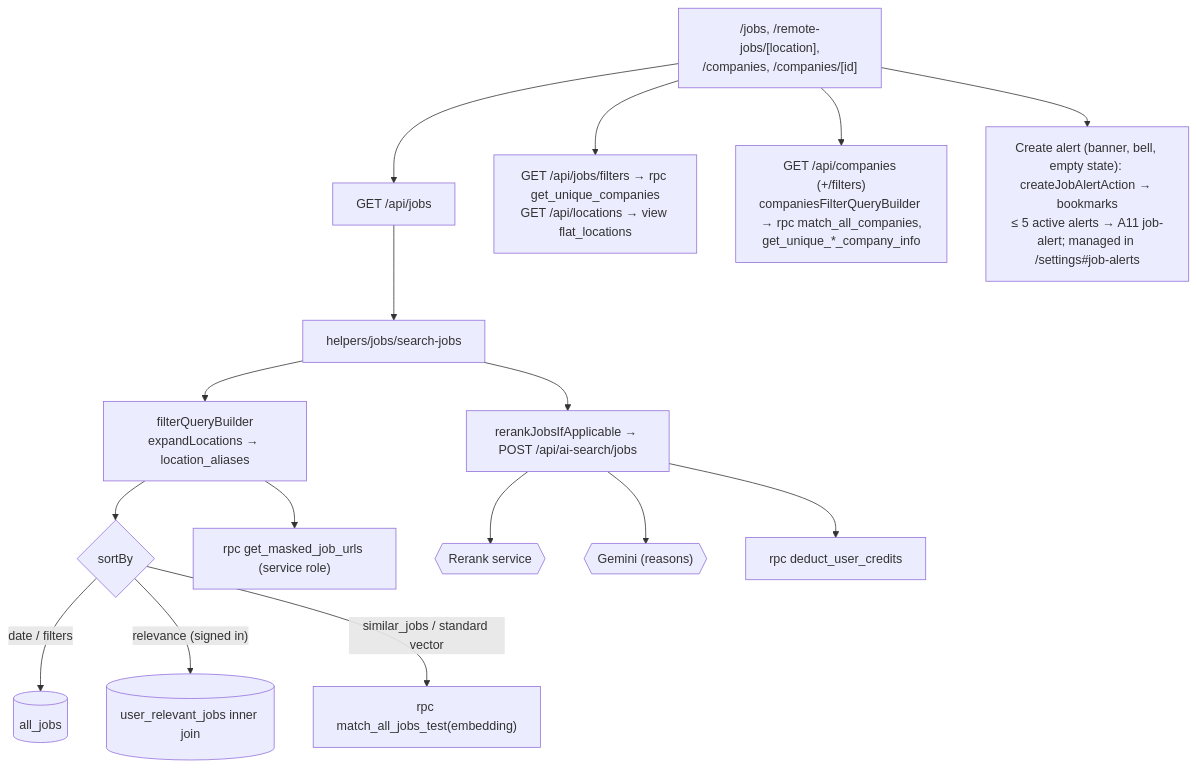
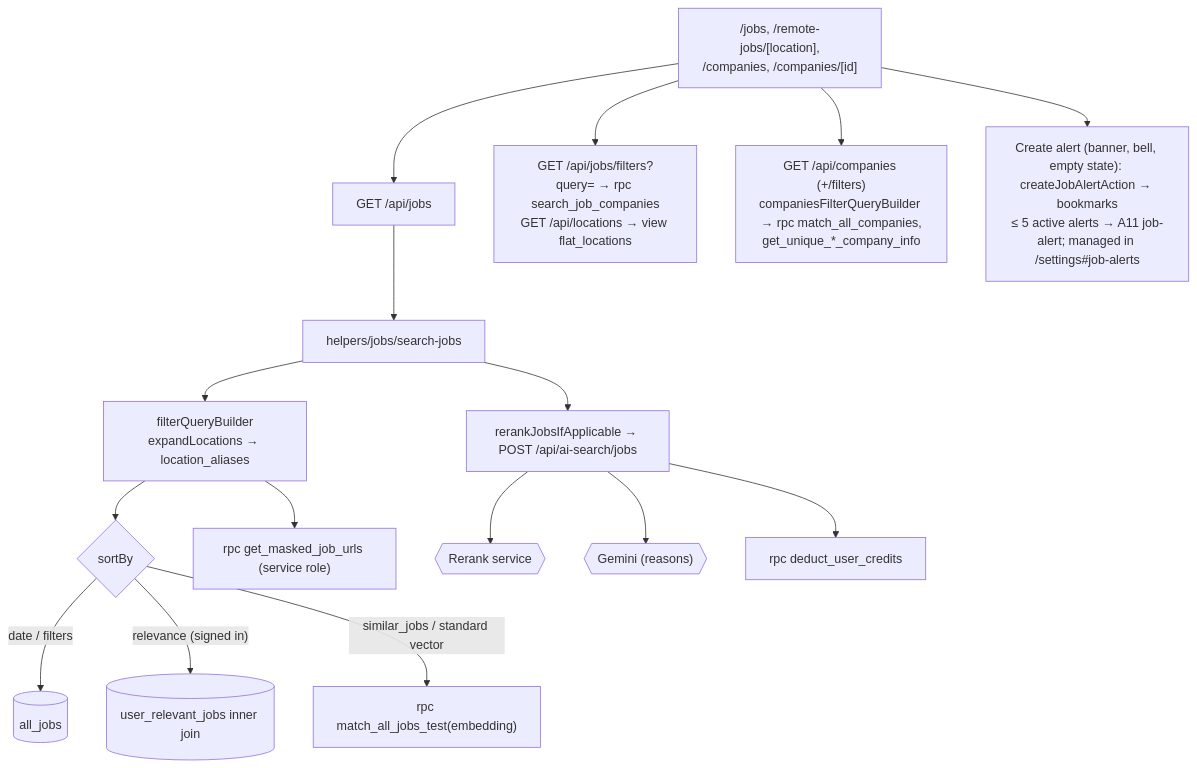
One commit to kVarunkk/GetHired changed the third of 14 diagrams in docs/app-flows/02-applicant.md. Above: the diagram before and after it, drawn with Mermaid. The commit also changed 14 other files, not shown here.

First line of the commit message:
feat(jobs): search companies and locations on the server for filters

````diff
--- a/docs/app-flows/02-applicant.md
+++ b/docs/app-flows/02-applicant.md
@@ -65,18 +65,18 @@
 ```mermaid
 flowchart TD
   J["/jobs, /remote-jobs/[location],<br/>/companies, /companies/[id]"] --> API["GET /api/jobs"]
-  J --> F["GET /api/jobs/filters → rpc get_unique_companies<br/>GET /api/locations → view flat_locations"]
+  J --> F["GET /api/jobs/filters?query= → rpc search_job_companies<br/>GET /api/locations → view flat_locations"]
   J --> CF["GET /api/companies (+/filters)<br/>companiesFilterQueryBuilder → rpc match_all_companies,<br/>get_unique_*_company_info"]
   API --> SJ["helpers/jobs/search-jobs"]
   SJ --> FQB["filterQueryBuilder<br/>expandLocations → location_aliases"]
   FQB --> SORT{"sortBy"}
   SORT -- "date / filters" --> AJ[("all_jobs")]
   SORT -- "relevance (signed in)" --> URJ[("user_relevant_jobs inner join")]
   SORT -- "similar_jobs / standard vector" --> MV["rpc match_all_jobs_test(embedding)"]
   FQB --> MU["rpc get_masked_job_urls (service role)"]
   SJ --> RR["rerankJobsIfApplicable → POST /api/ai-search/jobs"]
   RR --> JEV{{"Rerank service"}}
   RR --> G{{"Gemini (reasons)"}}
   RR --> CR["rpc deduct_user_credits"]
   J --> BM["Create alert (banner, bell, empty state): createJobAlertAction → bookmarks<br/>≤ 5 active alerts → A11 job-alert; managed in /settings#job-alerts"]
 ```
````
